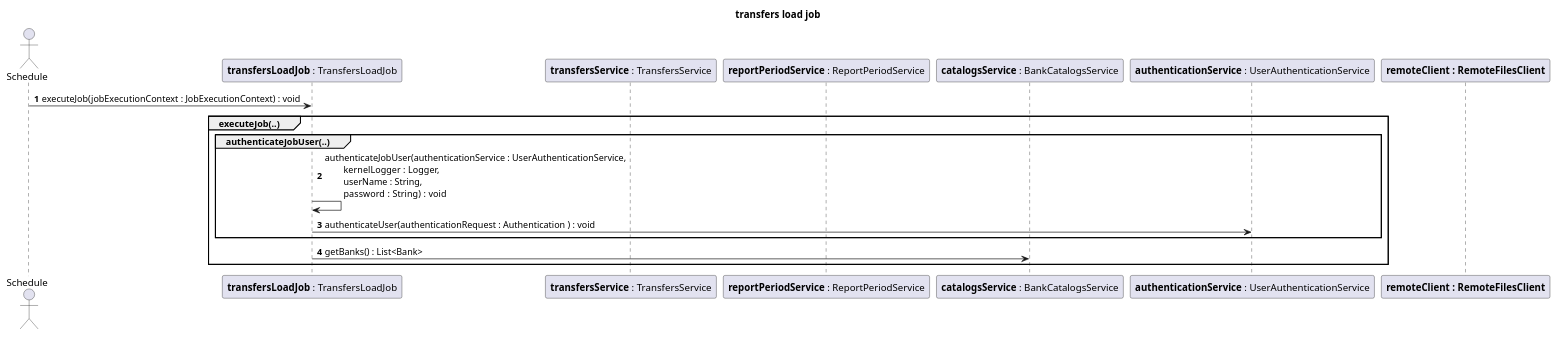
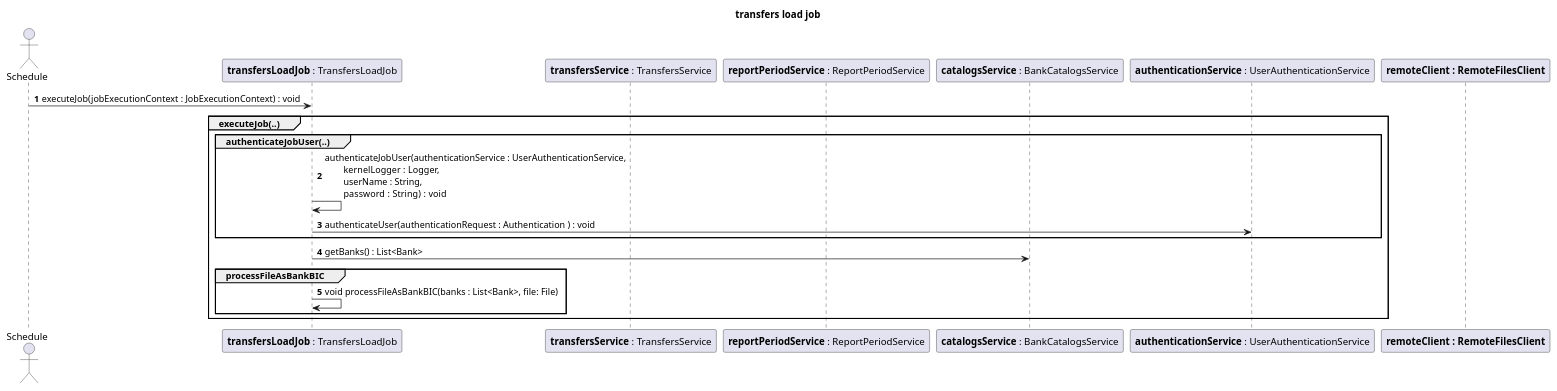
One commit to ASUTP1300/learning changed the diagram in src/main/resources/TransfersLoadJob.puml. Above: the diagram before and after it, drawn with PlantUML. The commit also changed 22 other files, not shown here.

```diff
--- a/src/main/resources/TransfersLoadJob.puml
+++ b/src/main/resources/TransfersLoadJob.puml
@@ -1,44 +1,47 @@
 @startuml
 'https://plantuml.com/sequence-diagram
 autonumber
 
 title transfers load job
 actor Schedule
 <style>
 node {
         Padding 12
         Margin 3
         HorizontalAlignment center
         LineColor blue
         LineThickness 3.0
         BackgroundColor gold
         RoundCorner 40
         MaximumWidth 100
         }
  </style>
 
 participant "**transfersLoadJob** : TransfersLoadJob" as trns
 participant "**transfersService** : TransfersService"
 participant "**reportPeriodService** : ReportPeriodService"
 participant "**catalogsService** : BankCatalogsService" as ctlsr
 participant "**authenticationService** : UserAuthenticationService" as auth
 participant "**remoteClient : RemoteFilesClient**"
 
 
 "Schedule" -> trns: executeJob(jobExecutionContext : JobExecutionContext) : void
 group executeJob(..)
 
     group authenticateJobUser(..)
  trns -> trns: authenticateJobUser(authenticationService : UserAuthenticationService,\n\tkernelLogger : Logger,\n\tuserName : String,\n\tpassword : String) :  void
  trns -> auth: authenticateUser(authenticationRequest : Authentication ) : void
         end
 
  trns ->  ctlsr: getBanks() : List<Bank>
+ group processFileAsBankBIC
+ trns -> trns: void processFileAsBankBIC(banks : List<Bank>, file: File)
+ end
 end
 'Bob --> Alice: Authentication Response
 '
 'Alice -> Bob: Another authentication Request
 'Alice <-- Bob: another authentication Response
 
 
 @enduml
```
